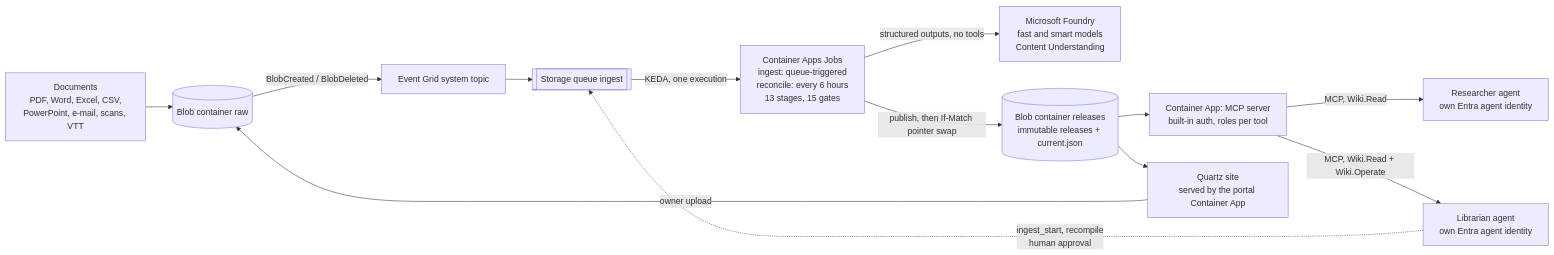
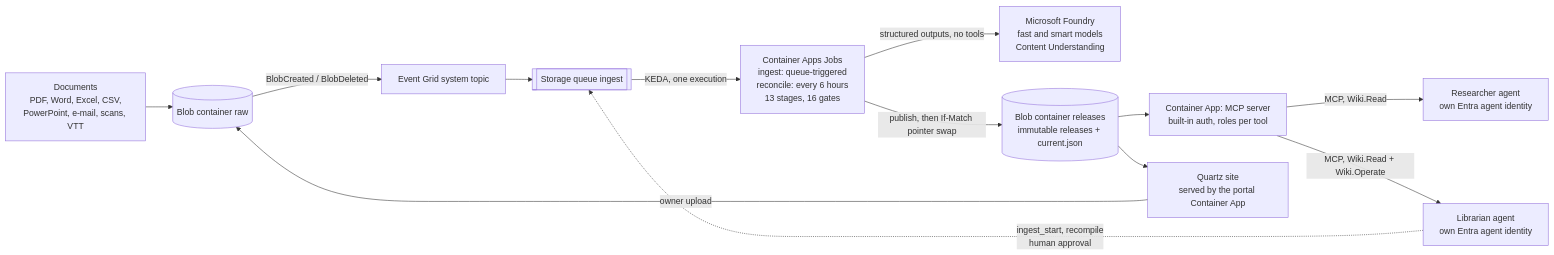
The diagram in README.md (ozgurkarahan/docwiki), drawn with Mermaid before and after one commit. The commit also changed other lines of this file and 2 other files, not shown here.

Commit message:
feat(pipeline): verify the pack's locked vocabulary (G16)

````diff
--- a/README.md
+++ b/README.md
@@ -177,15 +177,15 @@
 ```mermaid
 flowchart LR
   docs["Documents<br/>PDF, Word, Excel, CSV,<br/>PowerPoint, e-mail, scans, VTT"] --> raw[("Blob container raw")]
   raw -->|"BlobCreated / BlobDeleted"| eg["Event Grid system topic"]
   eg --> queue[["Storage queue ingest"]]
-  queue -->|"KEDA, one execution"| job["Container Apps Jobs<br/>ingest: queue-triggered<br/>reconcile: every 6 hours<br/>13 stages, 15 gates"]
+  queue -->|"KEDA, one execution"| job["Container Apps Jobs<br/>ingest: queue-triggered<br/>reconcile: every 6 hours<br/>13 stages, 16 gates"]
   job -->|"structured outputs, no tools"| foundry["Microsoft Foundry<br/>fast and smart models<br/>Content Understanding"]
   job -->|"publish, then If-Match pointer swap"| releases[("Blob container releases<br/>immutable releases + current.json")]
   releases --> mcp["Container App: MCP server<br/>built-in auth, roles per tool"]
   releases --> site["Quartz site<br/>served by the portal Container App"]
   mcp -->|"MCP, Wiki.Read"| researcher["Researcher agent<br/>own Entra agent identity"]
   mcp -->|"MCP, Wiki.Read + Wiki.Operate"| librarian["Librarian agent<br/>own Entra agent identity"]
   librarian -.->|"ingest_start, recompile<br/>human approval"| queue
   site -->|"owner upload"| raw
 ```
````
